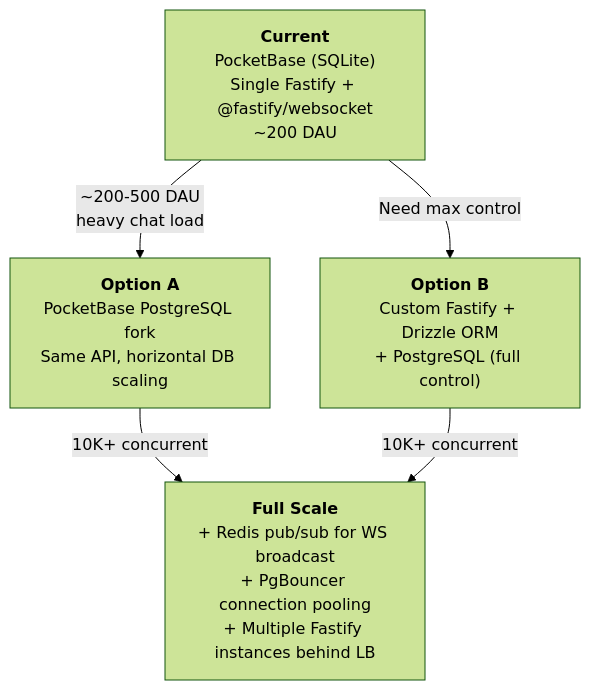
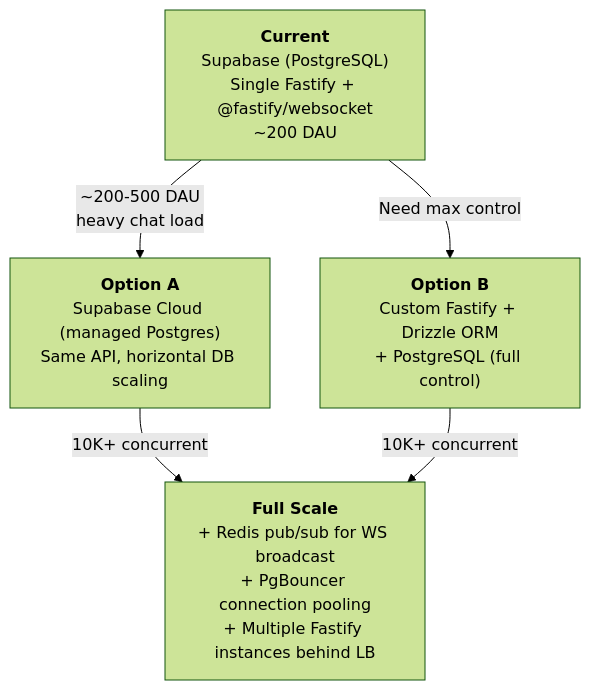
One commit to davidjonesibm/chat changed the seventh of 7 diagrams in docs/ARCHITECTURE.md. Above: the diagram before and after it, drawn with Mermaid (forest theme). The commit also changed other lines of this file and 41 other files, not shown here.

Commit message:
switch to supabase, chat not quite working

````diff
--- a/docs/ARCHITECTURE.md
+++ b/docs/ARCHITECTURE.md
@@ -645,11 +681,11 @@
 ```mermaid
 graph TD
-    A["<b>Current</b><br/>PocketBase (SQLite)<br/>Single Fastify + @fastify/websocket<br/>~200 DAU"] -->|"~200-500 DAU<br/>heavy chat load"| B
+    A["<b>Current</b><br/>Supabase (PostgreSQL)<br/>Single Fastify + @fastify/websocket<br/>~200 DAU"] -->|"~200-500 DAU<br/>heavy chat load"| B
 
-    B["<b>Option A</b><br/>PocketBase PostgreSQL fork<br/>Same API, horizontal DB scaling"] -->|"10K+ concurrent"| D
+    B["<b>Option A</b><br/>Supabase Cloud (managed Postgres)<br/>Same API, horizontal DB scaling"] -->|"10K+ concurrent"| D
 
     A -->|"Need max control"| C
     C["<b>Option B</b><br/>Custom Fastify + Drizzle ORM<br/>+ PostgreSQL (full control)"] -->|"10K+ concurrent"| D
 
     D["<b>Full Scale</b><br/>+ Redis pub/sub for WS broadcast<br/>+ PgBouncer connection pooling<br/>+ Multiple Fastify instances behind LB"]
 ```
````
